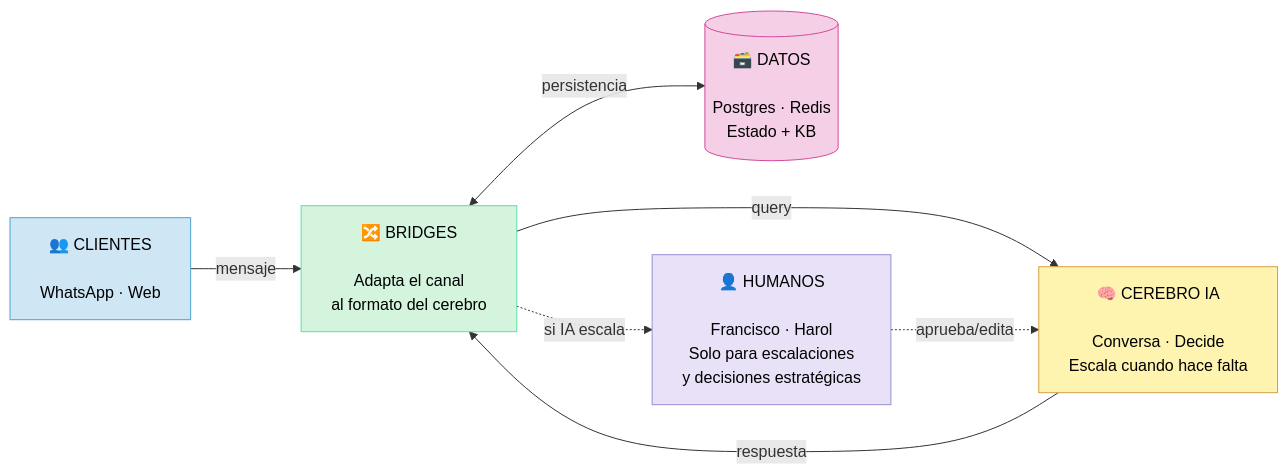
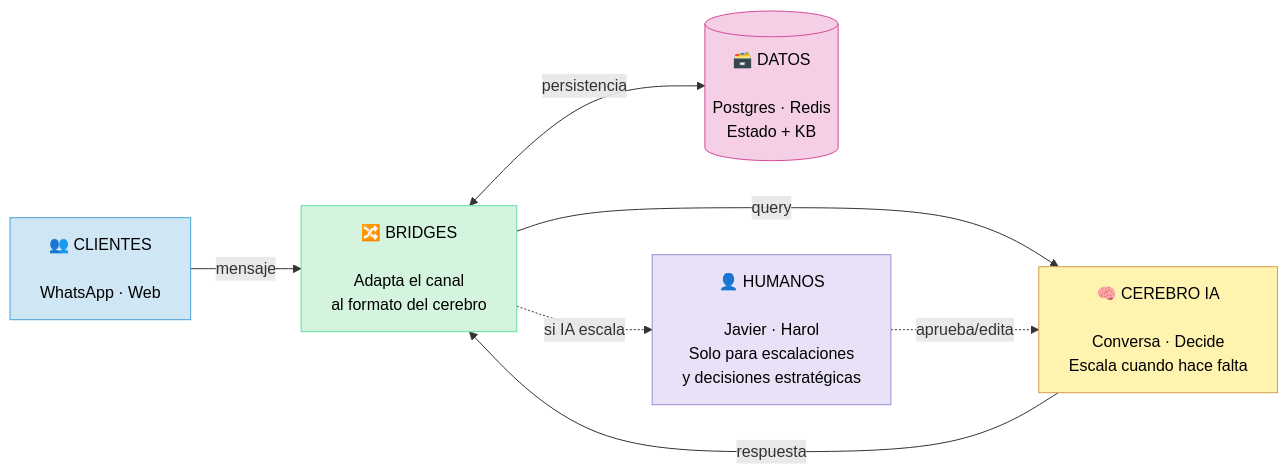
The first of 2 diagrams in docs/ARQUITECTURA.md (Ovallejf1971/excalando), drawn with Mermaid before and after one commit. The commit also changed other lines of this file and 26 other files, not shown here.

First line of the commit message:
Naming socios: ambos Socio Fundador en igual status · Javier reemplaza Francisco

````diff
--- a/docs/ARQUITECTURA.md
+++ b/docs/ARQUITECTURA.md
@@ -38,21 +38,21 @@
 ```mermaid
 flowchart LR
     A["👥 CLIENTES<br/><br/>WhatsApp · Web"]
     B["🔀 BRIDGES<br/><br/>Adapta el canal<br/>al formato del cerebro"]
     C["🧠 CEREBRO IA<br/><br/>Conversa · Decide<br/>Escala cuando hace falta"]
     D[("🗃️ DATOS<br/><br/>Postgres · Redis<br/>Estado + KB")]
-    E["👤 HUMANOS<br/><br/>Francisco · Harol<br/>Solo para escalaciones<br/>y decisiones estratégicas"]
+    E["👤 HUMANOS<br/><br/>Javier · Harol<br/>Solo para escalaciones<br/>y decisiones estratégicas"]
 
     A -->|"mensaje"| B
     B <-->|"persistencia"| D
     B -->|"query"| C
     C -->|"respuesta"| B
     B -.->|"si IA escala"| E
     E -.->|"aprueba/edita"| C
 
     style A fill:#cfe6f5,stroke:#4ba3d4,color:#000
     style B fill:#d4f4dd,stroke:#5fe0a3,color:#000
     style C fill:#fff3b0,stroke:#d4a04b,color:#000
     style D fill:#f5cfe6,stroke:#d44b9b,color:#000
     style E fill:#e8e1f7,stroke:#9b8ed4,color:#000
 ```
````
